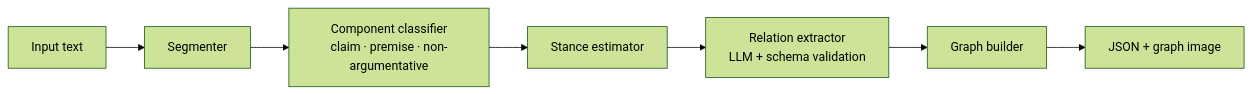
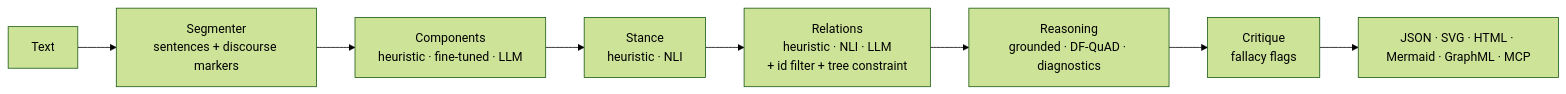
The second of 2 diagrams in README.md (islem1213/Argument-Mining-Agent), drawn with Mermaid (forest theme) before and after one commit. The commit also changed other lines of this file and 54 other files, not shown here.

First line of the commit message:
v0.2: discourse-aware mining, NLI/LLM backends, argumentation semantics, MCP server

````diff
--- a/README.md
+++ b/README.md
@@ -13,9 +41,10 @@
 ```mermaid
 flowchart LR
-    A[Input text] --> B[Segmenter]
-    B --> C[Component classifier\nclaim · premise · non-argumentative]
-    C --> D[Stance estimator]
-    D --> E[Relation extractor\nLLM + schema validation]
-    E --> F[Graph builder]
-    F --> G[JSON + graph image]
+    A[Text] --> B[Segmenter<br/>sentences + discourse markers]
+    B --> C[Components<br/>heuristic · fine-tuned · LLM]
+    C --> D[Stance<br/>heuristic · NLI]
+    D --> E[Relations<br/>heuristic · NLI · LLM<br/>+ id filter + tree constraint]
+    E --> F[Reasoning<br/>grounded · DF-QuAD · diagnostics]
+    F --> G[Critique<br/>fallacy flags]
+    G --> H[JSON · SVG · HTML · Mermaid · GraphML · MCP]
 ```
````
